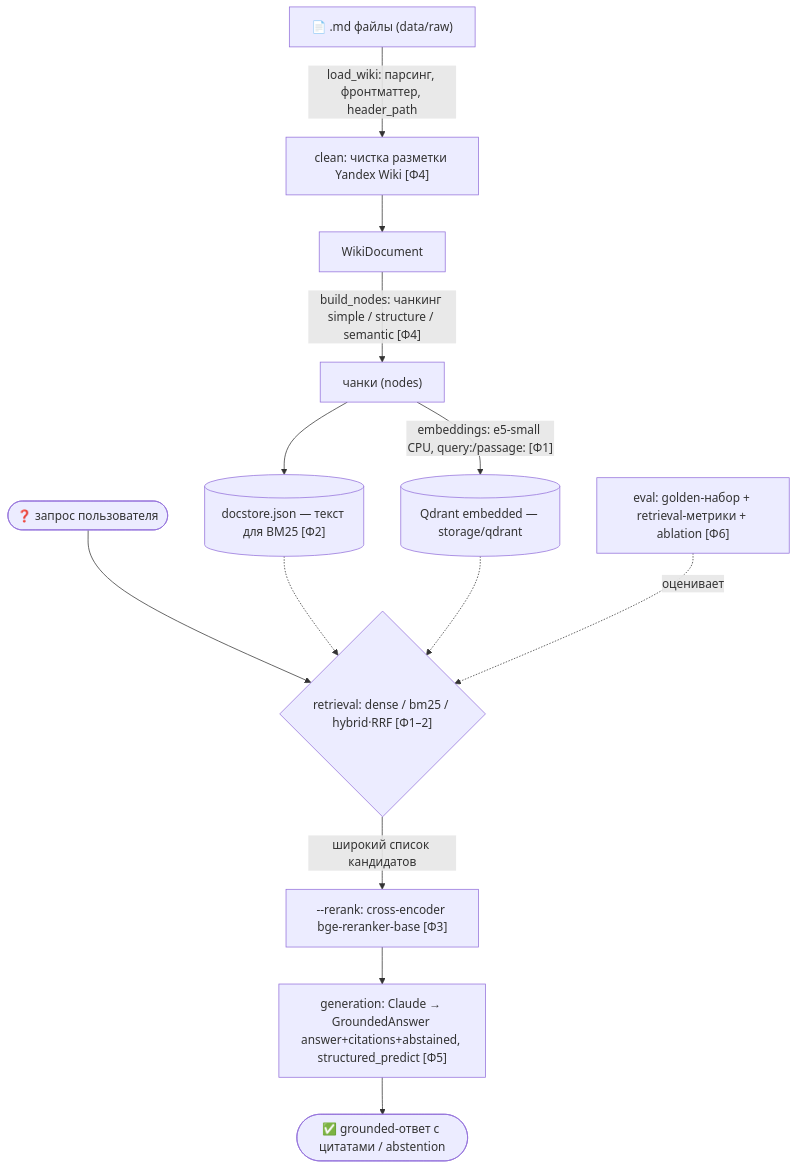
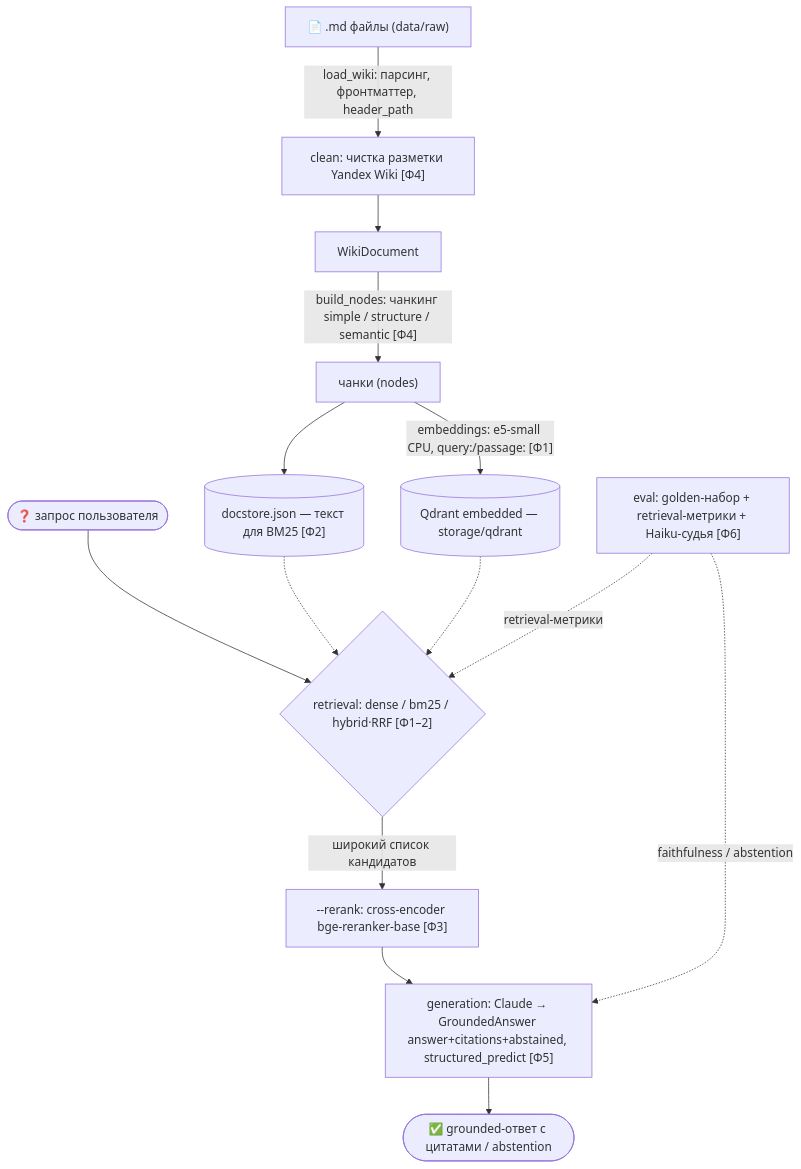
The diagram in docs/how-it-works.md (YuryHerasimau/rag-hybrid-search), drawn with Mermaid before and after one commit. The commit also changed other lines of this file, not shown here.

First line of the commit message:
docs: how-it-works — eval не требует ragas (свой Haiku-судья); mermaid

````diff
--- a/docs/how-it-works.md
+++ b/docs/how-it-works.md
@@ -9,19 +9,21 @@
 ```mermaid
 flowchart TD
     MD["📄 .md файлы (data/raw)"]
     MD -->|"load_wiki: парсинг, фронтматтер, header_path"| CLEAN["clean: чистка разметки Yandex Wiki #91;Ф4#93;"]
     CLEAN --> DOC["WikiDocument"]
     DOC -->|"build_nodes: чанкинг simple / structure / semantic #91;Ф4#93;"| NODES["чанки (nodes)"]
     NODES --> DOCSTORE[("docstore.json — текст для BM25 #91;Ф2#93;")]
     NODES -->|"embeddings: e5-small CPU, query:/passage: #91;Ф1#93;"| QDRANT[("Qdrant embedded — storage/qdrant")]
 
     Q(["❓ запрос пользователя"]) --> RETR
     DOCSTORE -.-> RETR
     QDRANT -.-> RETR
     RETR{"retrieval: dense / bm25 / hybrid·RRF #91;Ф1–2#93;"}
     RETR -->|"широкий список кандидатов"| RERANK["--rerank: cross-encoder bge-reranker-base #91;Ф3#93;"]
     RERANK --> GEN["generation: Claude → GroundedAnswer answer+citations+abstained, structured_predict #91;Ф5#93;"]
     GEN --> ANS(["✅ grounded-ответ с цитатами / abstention"])
 
-    EVAL["eval: golden-набор + retrieval-метрики + ablation #91;Ф6#93;"] -.оценивает.-> RETR
+    EVAL["eval: golden-набор + retrieval-метрики + Haiku-судья #91;Ф6#93;"]
+    EVAL -.retrieval-метрики.-> RETR
+    EVAL -.faithfulness / abstention.-> GEN
 ```
````
